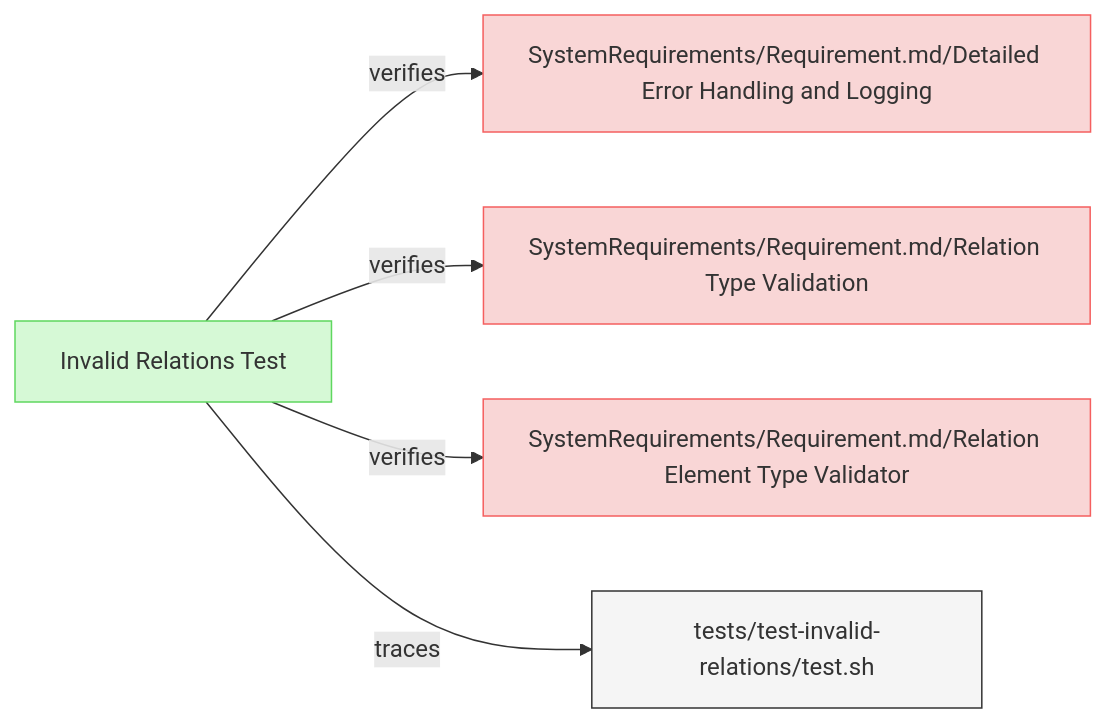
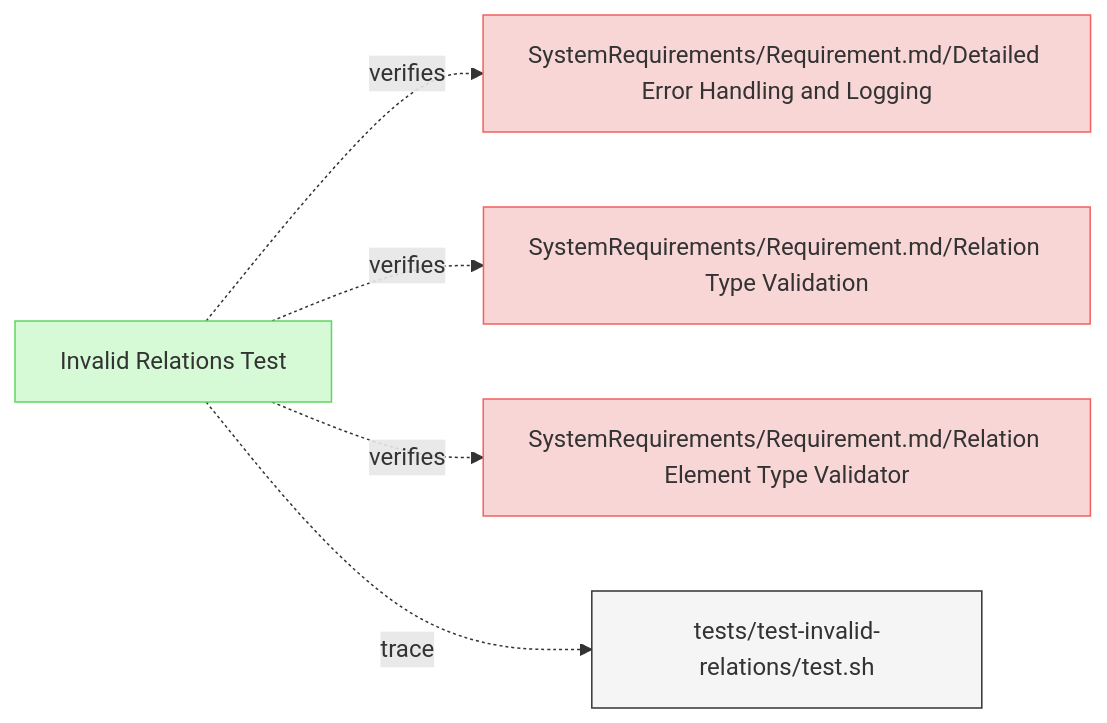
The diagram in specifications/Verifications/ValidationTests.md (reqvire-org/reqvire), drawn with Mermaid before and after one commit. The commit also changed 65 other files, not shown here.

Commit message:
Diagram generation bug fix: there were opposite relations included.

````diff
--- a/specifications/Verifications/ValidationTests.md
+++ b/specifications/Verifications/ValidationTests.md
@@ -6,28 +6,28 @@
 ```mermaid
 graph LR;
   %% Graph styling
   classDef requirement fill:#f9d6d6,stroke:#f55f5f,stroke-width:1px;
   classDef verification fill:#d6f9d6,stroke:#5fd75f,stroke-width:1px;
   classDef externalLink fill:#d0e0ff,stroke:#3080ff,stroke-width:1px;
   classDef default fill:#f5f5f5,stroke:#333333,stroke-width:1px;
 
-  fbf9362574["Invalid Relations Test"];
-  click fbf9362574 "ValidationTests.md#invalid-relations-test";
-  class fbf9362574 verification;
-  bdfd9d65e4["SystemRequirements/Requirement.md/Detailed Error Handling and Logging"];
-  class bdfd9d65e4 requirement;
-  click bdfd9d65e4 "../SystemRequirements/Requirements.md#detailed-error-handling-and-logging";
-  fbf9362574 -->|verifies| bdfd9d65e4;
-  5870488e00["SystemRequirements/Requirement.md/Relation Type Validation"];
-  class 5870488e00 requirement;
-  click 5870488e00 "../SystemRequirements/Requirements.md#relation-type-validation";
-  fbf9362574 -->|verifies| 5870488e00;
-  212d1317cd["SystemRequirements/Requirement.md/Relation Element Type Validator"];
-  class 212d1317cd requirement;
-  click 212d1317cd "../SystemRequirements/Requirements.md#relation-element-type-validator";
-  fbf9362574 -->|verifies| 212d1317cd;
-  c86fd6ece7["tests/test-invalid-relations/test.sh"];
-  class c86fd6ece7 default;
-  click c86fd6ece7 "../../tests/test-invalid-relations/test.sh";
-  fbf9362574 -->|traces| c86fd6ece7;
+  fbf9362574b057dd["Invalid Relations Test"];
+  click fbf9362574b057dd "ValidationTests.md#invalid-relations-test";
+  class fbf9362574b057dd verification;
+  bdfd9d65e46117e7["SystemRequirements/Requirement.md/Detailed Error Handling and Logging"];
+  class bdfd9d65e46117e7 requirement;
+  click bdfd9d65e46117e7 "../SystemRequirements/Requirements.md#detailed-error-handling-and-logging";
+  fbf9362574b057dd -.->|verifies| bdfd9d65e46117e7;
+  5870488e00ee4f36["SystemRequirements/Requirement.md/Relation Type Validation"];
+  class 5870488e00ee4f36 requirement;
+  click 5870488e00ee4f36 "../SystemRequirements/Requirements.md#relation-type-validation";
+  fbf9362574b057dd -.->|verifies| 5870488e00ee4f36;
+  212d1317cd2b25fc["SystemRequirements/Requirement.md/Relation Element Type Validator"];
+  class 212d1317cd2b25fc requirement;
+  click 212d1317cd2b25fc "../SystemRequirements/Requirements.md#relation-element-type-validator";
+  fbf9362574b057dd -.->|verifies| 212d1317cd2b25fc;
+  c86fd6ece7a8668a["tests/test-invalid-relations/test.sh"];
+  class c86fd6ece7a8668a default;
+  click c86fd6ece7a8668a "../../tests/test-invalid-relations/test.sh";
+  fbf9362574b057dd -.->|trace| c86fd6ece7a8668a;
 ```
````
